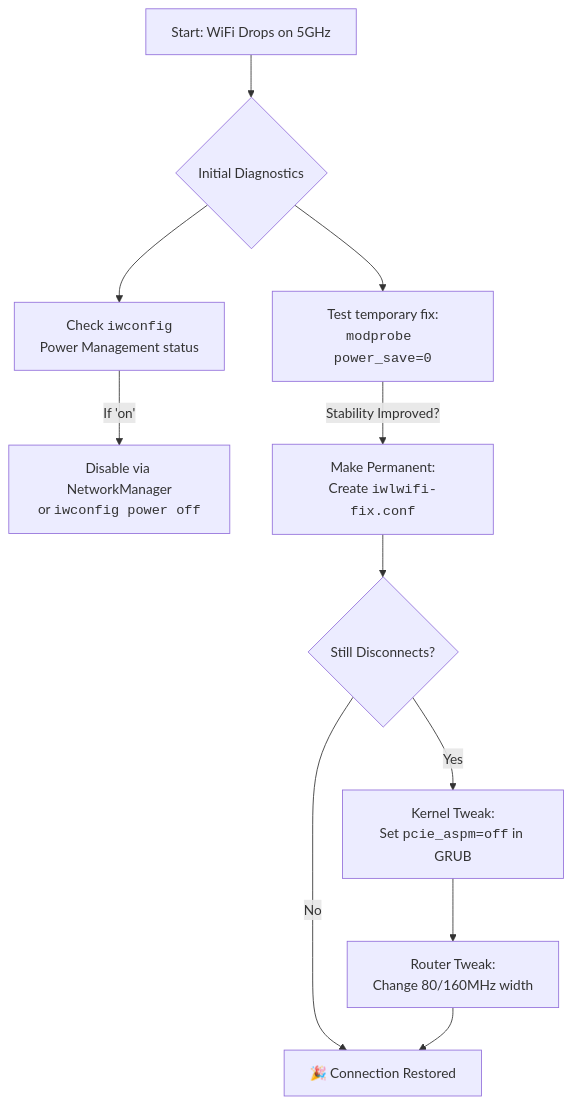
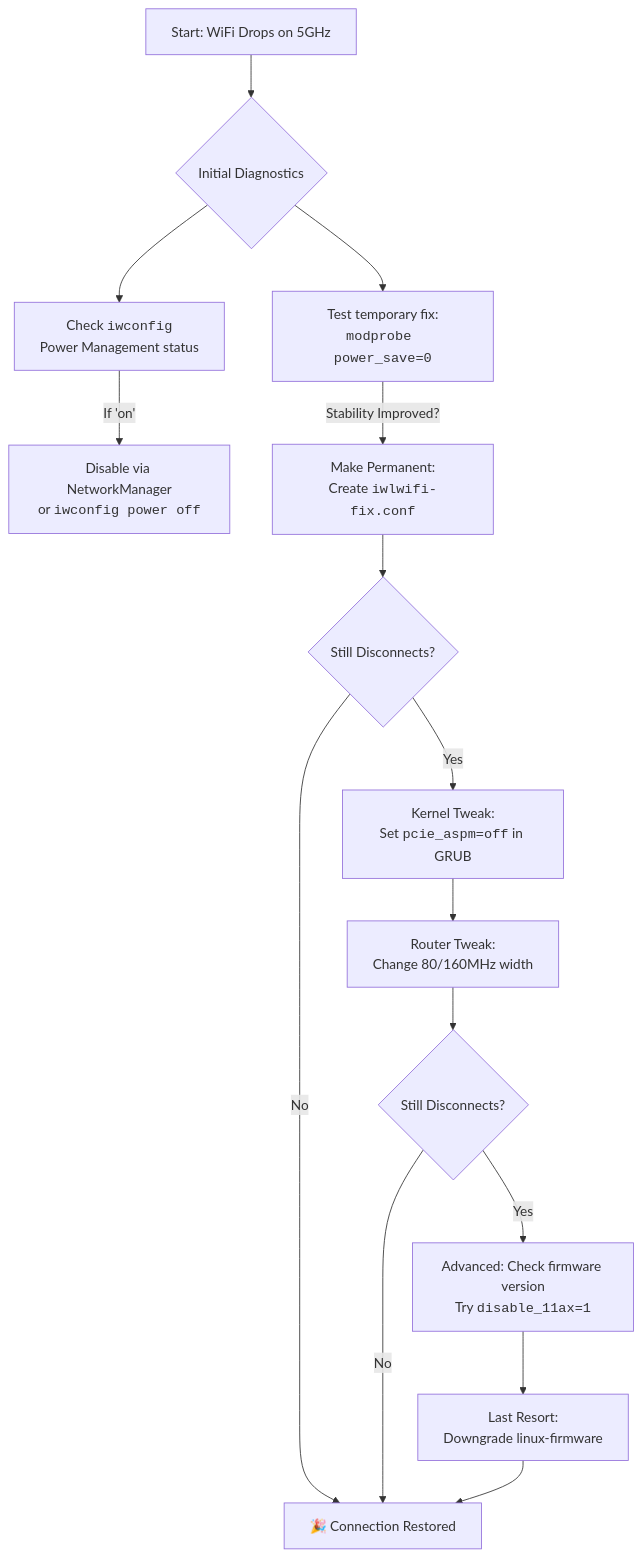
The diagram in src/data/blogs/posts/tech/intel-ax210-wifi-5ghz-disconnect-fix.md (htghuzaifa2/huzi.pk-web-v2), drawn with Mermaid before and after one commit. The commit also changed other lines of this file and 488 other files, not shown here.

````diff
--- a/src/data/blogs/posts/tech/intel-ax210-wifi-5ghz-disconnect-fix.md
+++ b/src/data/blogs/posts/tech/intel-ax210-wifi-5ghz-disconnect-fix.md
@@ -81,16 +333,20 @@
 ```mermaid
 flowchart TD
     A[Start: WiFi Drops on 5GHz] --> B{Initial Diagnostics}
     B --> C[Check <code>iwconfig</code><br>Power Management status]
     B --> D[Test temporary fix:<br><code>modprobe power_save=0</code>]
     
     C -- "If 'on'" --> E[Disable via NetworkManager<br>or <code>iwconfig power off</code>]
     D -- "Stability Improved?" --> F[Make Permanent:<br>Create <code>iwlwifi-fix.conf</code>]
     
     F --> G{Still Disconnects?}
     G -- Yes --> H[Kernel Tweak:<br>Set <code>pcie_aspm=off</code> in GRUB]
     H --> I[Router Tweak:<br>Change 80/160MHz width]
+    I --> J{Still Disconnects?}
+    J -- Yes --> K[Advanced: Check firmware version<br>Try <code>disable_11ax=1</code>]
+    K --> L[Last Resort:<br>Downgrade linux-firmware]
     
-    G -- No --> J[🎉 Connection Restored]
-    I --> J
+    G -- No --> M[🎉 Connection Restored]
+    J -- No --> M
+    L --> M
 ```
````
